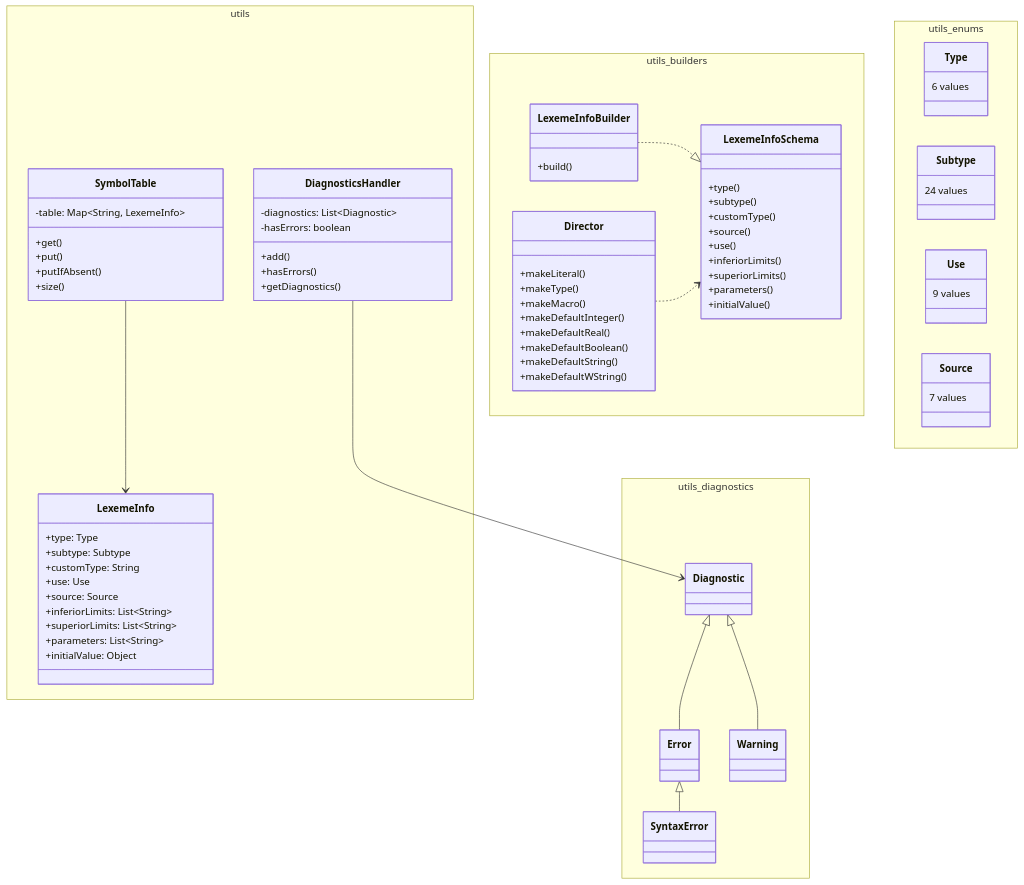
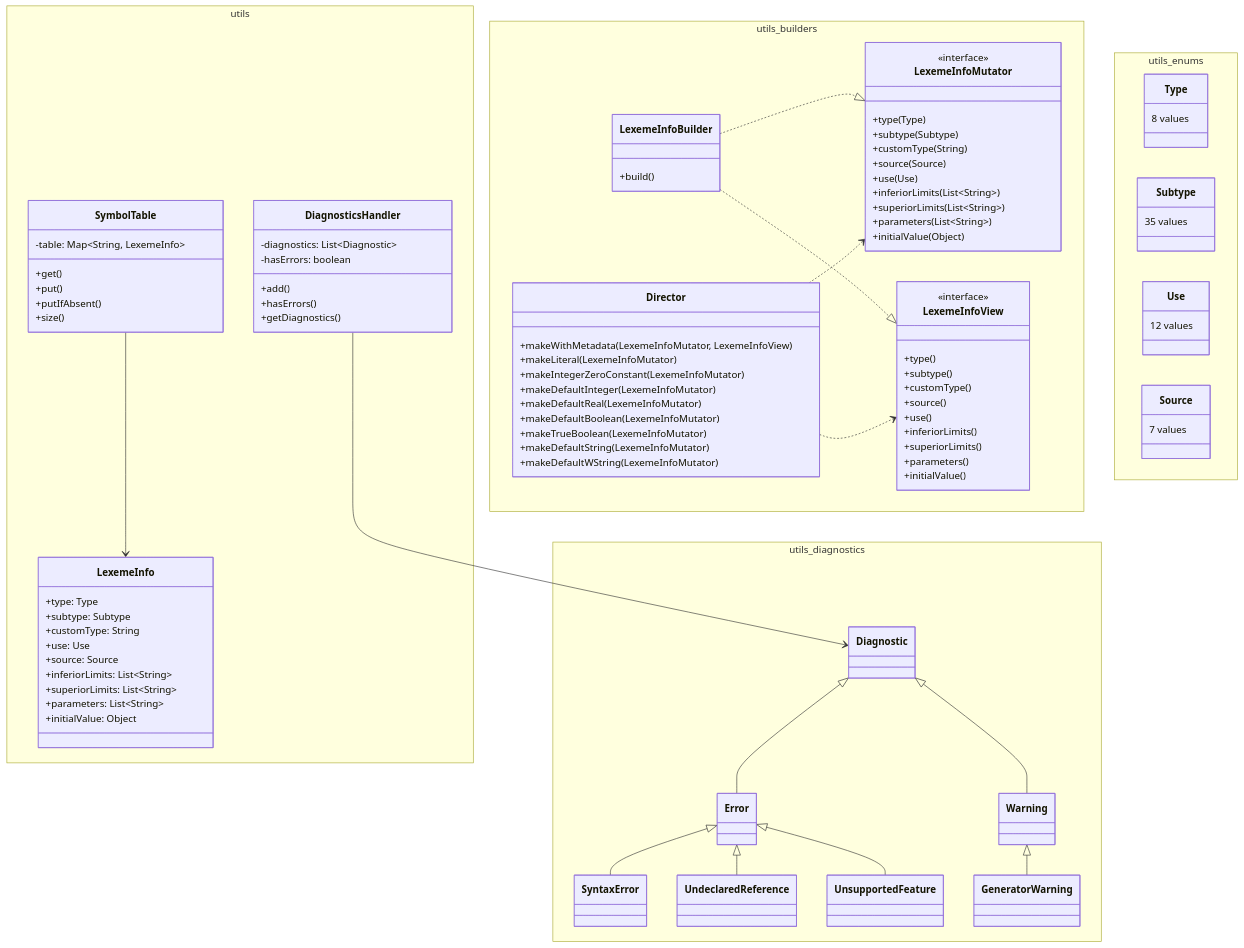
The diagram in doc/diagrams/utils_class_diagram.mmd (PascalUser/FLC-IEC61131-7), drawn with Mermaid before and after one commit. The commit also changed 47 other files, not shown here.

```diff
--- a/doc/diagrams/utils_class_diagram.mmd
+++ b/doc/diagrams/utils_class_diagram.mmd
@@ -1,73 +1,95 @@
 classDiagram
     namespace utils {
         class SymbolTable {
             -table: Map~String, LexemeInfo~
             +get()
             +put()
             +putIfAbsent()
             +size()
         }
         class LexemeInfo {
             +type: Type
             +subtype: Subtype
             +customType: String
             +use: Use
             +source: Source
             +inferiorLimits: List~String~
             +superiorLimits: List~String~
             +parameters: List~String~
             +initialValue: Object
         }
         class DiagnosticsHandler {
             -diagnostics: List~Diagnostic~
             -hasErrors: boolean
             +add()
             +hasErrors()
             +getDiagnostics()
         }
     }
     namespace utils_builders {
-        class LexemeInfoSchema {
+        class LexemeInfoMutator {
+            <<interface>>
+            +type(Type)
+            +subtype(Subtype)
+            +customType(String)
+            +source(Source)
+            +use(Use)
+            +inferiorLimits(List~String~)
+            +superiorLimits(List~String~)
+            +parameters(List~String~)
+            +initialValue(Object)
+        }
+        class LexemeInfoView {
+            <<interface>>
             +type()
             +subtype()
             +customType()
             +source()
             +use()
             +inferiorLimits()
             +superiorLimits()
             +parameters()
             +initialValue()
         }
         class LexemeInfoBuilder {
             +build()
         }
         class Director {
-            +makeLiteral()
-            +makeType()
-            +makeMacro()
-            +makeDefaultInteger()
-            +makeDefaultReal()
-            +makeDefaultBoolean()
-            +makeDefaultString()
-            +makeDefaultWString()
+            +makeWithMetadata(LexemeInfoMutator, LexemeInfoView)
+            +makeLiteral(LexemeInfoMutator)
+            +makeIntegerZeroConstant(LexemeInfoMutator)
+            +makeDefaultInteger(LexemeInfoMutator)
+            +makeDefaultReal(LexemeInfoMutator)
+            +makeDefaultBoolean(LexemeInfoMutator)
+            +makeTrueBoolean(LexemeInfoMutator)
+            +makeDefaultString(LexemeInfoMutator)
+            +makeDefaultWString(LexemeInfoMutator)
         }
     }
     namespace utils_enums {
-        class Type { 6 values }
-        class Subtype { 24 values }
-        class Use { 9 values }
+        class Type { 8 values }
+        class Subtype { 35 values }
+        class Use { 12 values }
         class Source { 7 values }
     }
     namespace utils_diagnostics {
         class Diagnostic
         class Error
         class Warning
         class SyntaxError
+        class UndeclaredReference
+        class UnsupportedFeature
+        class GeneratorWarning
     }
     Diagnostic <|-- Error
     Diagnostic <|-- Warning
     Error <|-- SyntaxError
-    LexemeInfoBuilder ..|> LexemeInfoSchema
-    Director ..> LexemeInfoSchema
+    Error <|-- UndeclaredReference
+    Error <|-- UnsupportedFeature
+    Warning <|-- GeneratorWarning
+    LexemeInfoBuilder ..|> LexemeInfoMutator
+    LexemeInfoBuilder ..|> LexemeInfoView
+    Director ..> LexemeInfoMutator
+    Director ..> LexemeInfoView
     SymbolTable --> LexemeInfo
     DiagnosticsHandler --> Diagnostic
```
